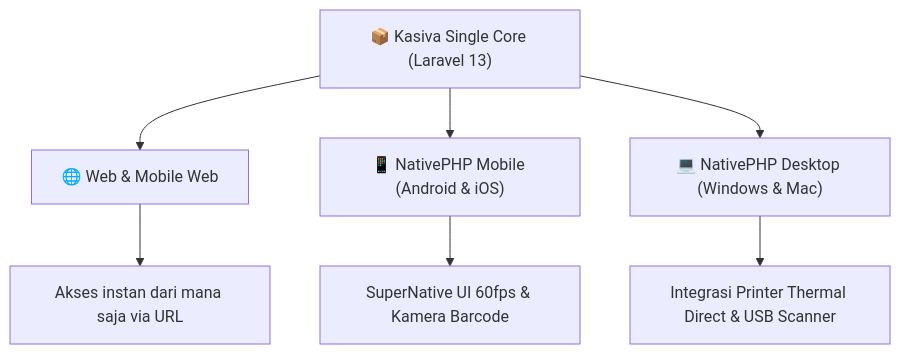
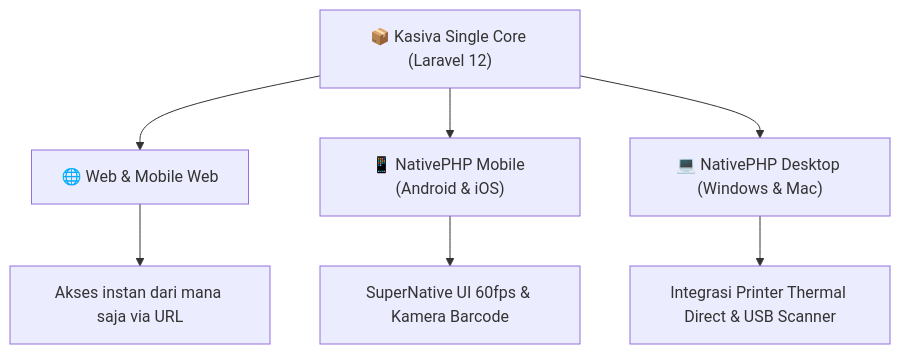
One commit to riod94/kasiva changed the diagram in docs/01_VISION_&_STRATEGY.md. Above: the diagram before and after it, drawn with Mermaid. The commit also changed other lines of this file and 110 other files, not shown here.

````diff
--- a/docs/01_VISION_&_STRATEGY.md
+++ b/docs/01_VISION_&_STRATEGY.md
@@ -29,12 +29,12 @@
 ```mermaid
 graph TD
-    CORE["📦 Kasiva Single Core (Laravel 13)"]
+    CORE["📦 Kasiva Single Core (Laravel 12)"]
     
     CORE --> TARGET_WEB["🌐 Web & Mobile Web"]
     CORE --> TARGET_MOBILE["📱 NativePHP Mobile (Android & iOS)"]
     CORE --> TARGET_DESK["💻 NativePHP Desktop (Windows & Mac)"]
     
     TARGET_WEB --> W_BENEFIT["Akses instan dari mana saja via URL"]
     TARGET_MOBILE --> M_BENEFIT["SuperNative UI 60fps & Kamera Barcode"]
     TARGET_DESK --> D_BENEFIT["Integrasi Printer Thermal Direct & USB Scanner"]
 ```
````
